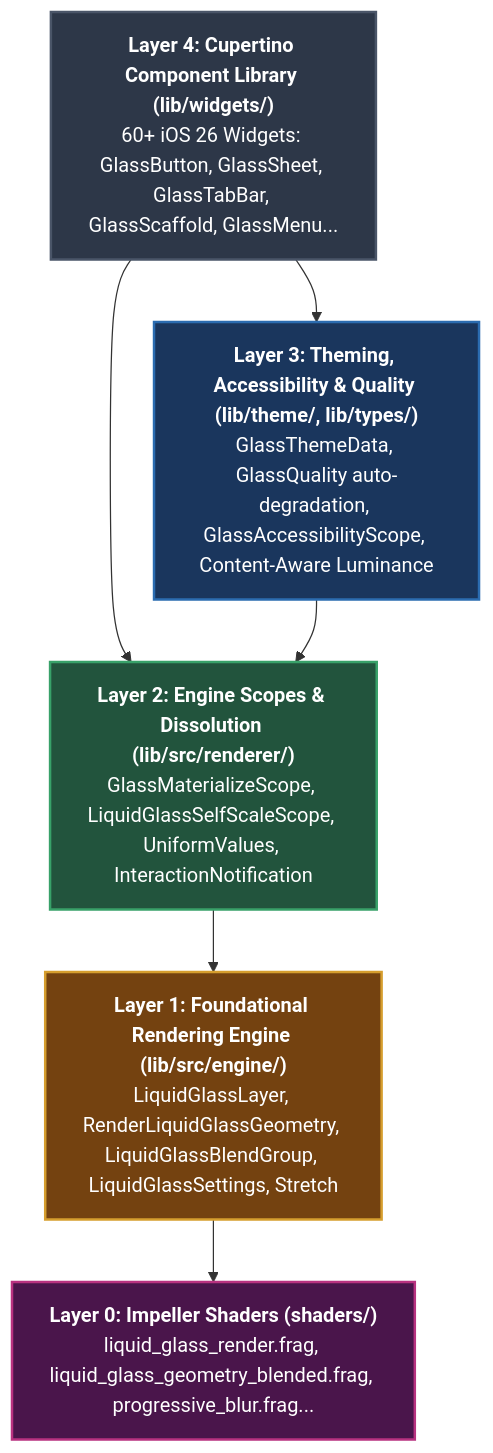
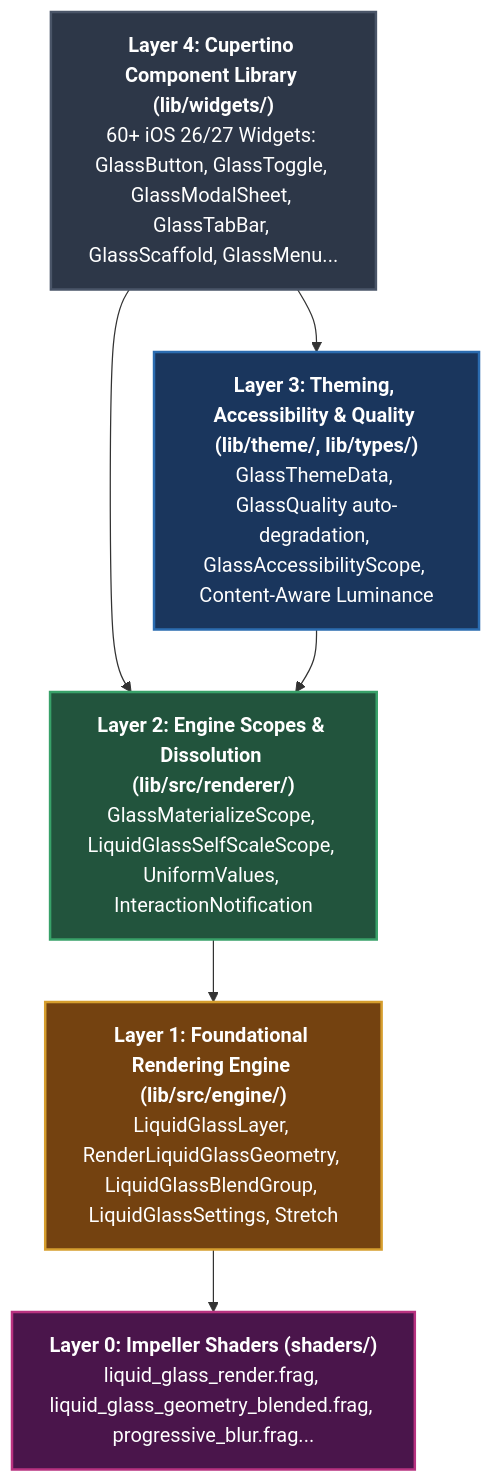
One commit to sdegenaar/liquid_glass_widgets changed the diagram in docs/ARCHITECTURE.md. Above: the diagram before and after it, drawn with Mermaid. The commit also changed other lines of this file and 26 other files, not shown here.

First line of the commit message:
feat(toggle): add iOS 26/27 GlassToggle.button and deprecate GlassChip and GlassSheet (#545)

````diff
--- a/docs/ARCHITECTURE.md
+++ b/docs/ARCHITECTURE.md
@@ -11,20 +11,20 @@
 ```mermaid
 graph TD
     classDef l4 fill:#2d3748,stroke:#4a5568,stroke-width:2px,color:#fff;
     classDef l3 fill:#1a365d,stroke:#2b6cb0,stroke-width:2px,color:#fff;
     classDef l2 fill:#22543d,stroke:#38a169,stroke-width:2px,color:#fff;
     classDef l1 fill:#744210,stroke:#d69e2e,stroke-width:2px,color:#fff;
     classDef l0 fill:#4a154b,stroke:#b83280,stroke-width:2px,color:#fff;
 
-    L4["<b>Layer 4: Cupertino Component Library (lib/widgets/)</b><br/>60+ iOS 26 Widgets: GlassButton, GlassSheet, GlassTabBar, GlassScaffold, GlassMenu..."]:::l4
+    L4["<b>Layer 4: Cupertino Component Library (lib/widgets/)</b><br/>60+ iOS 26/27 Widgets: GlassButton, GlassToggle, GlassModalSheet, GlassTabBar, GlassScaffold, GlassMenu..."]:::l4
     L3["<b>Layer 3: Theming, Accessibility & Quality (lib/theme/, lib/types/)</b><br/>GlassThemeData, GlassQuality auto-degradation, GlassAccessibilityScope, Content-Aware Luminance"]:::l3
     L2["<b>Layer 2: Engine Scopes & Dissolution (lib/src/renderer/)</b><br/>GlassMaterializeScope, LiquidGlassSelfScaleScope, UniformValues, InteractionNotification"]:::l2
     L1["<b>Layer 1: Foundational Rendering Engine (lib/src/engine/)</b><br/>LiquidGlassLayer, RenderLiquidGlassGeometry, LiquidGlassBlendGroup, LiquidGlassSettings, Stretch"]:::l1
     L0["<b>Layer 0: Impeller Shaders (shaders/)</b><br/>liquid_glass_render.frag, liquid_glass_geometry_blended.frag, progressive_blur.frag..."]:::l0
 
     L4 --> L3
     L4 --> L2
     L3 --> L2
     L2 --> L1
     L1 --> L0
 ```
````
